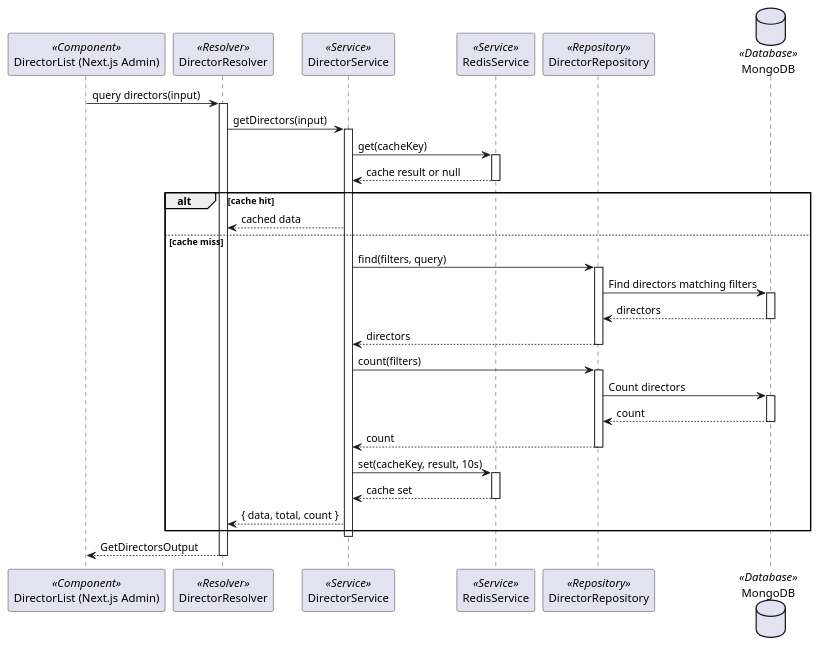
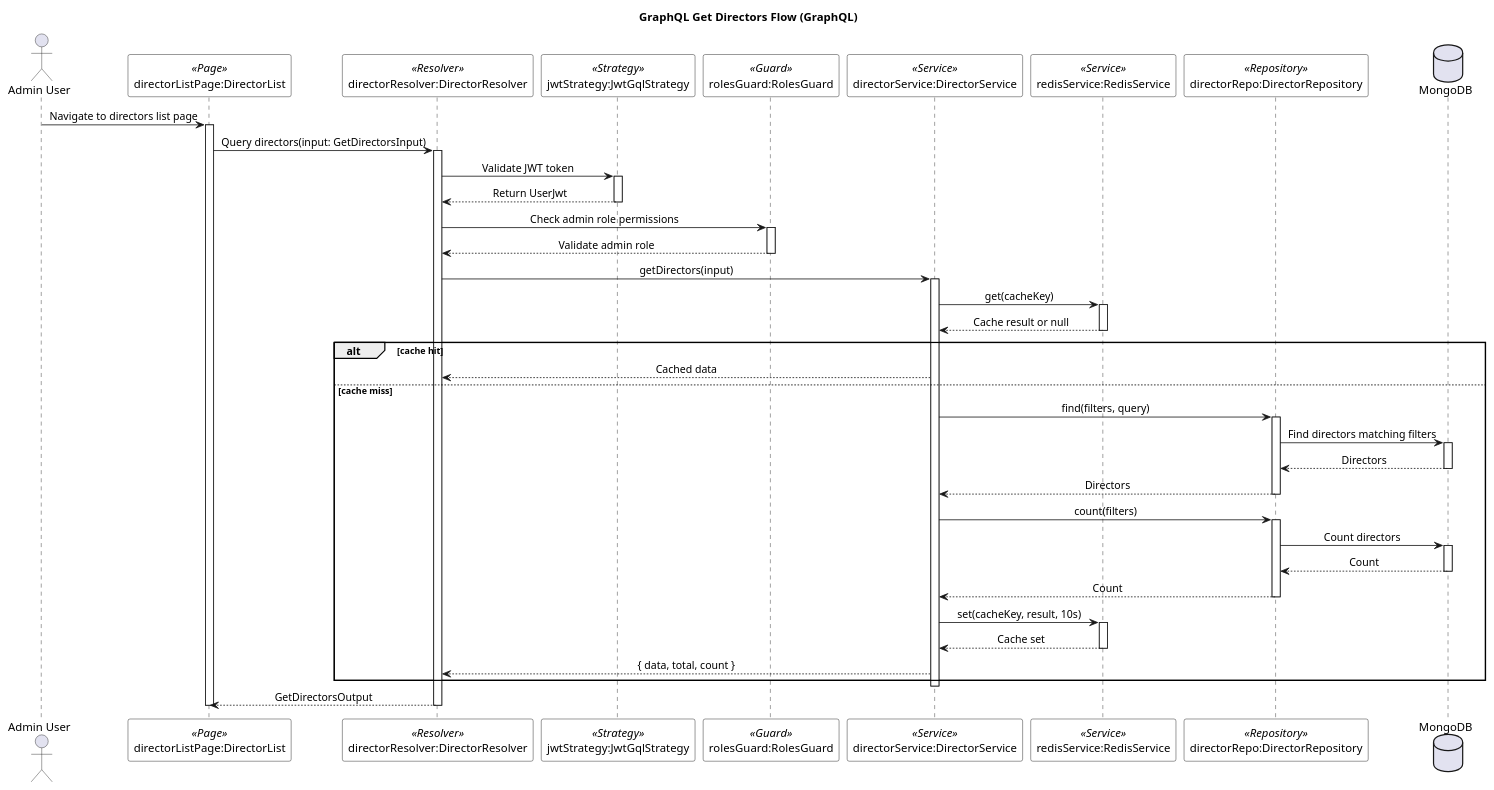
The diagram in documents/diagram/sequences/directors/graphql-get-directors.puml (lehuygiang28/vphim), drawn with PlantUML before and after one commit. The commit also changed 5 other files, not shown here.

First line of the commit message:
refactor(diagrams/sequences/directors): 🛠️ update director management flow diagrams

```diff
--- a/documents/diagram/sequences/directors/graphql-get-directors.puml
+++ b/documents/diagram/sequences/directors/graphql-get-directors.puml
@@ -1,48 +1,78 @@
 @startuml GraphQL Get Directors Flow
 
-' Stereotypes: <<Component>>, <<Resolver>>, <<Service>>, <<Service>>, <<Repository>>, <<Database>>
-participant "DirectorList (Next.js Admin)" as DirectorList <<Component>>
-participant "DirectorResolver" as Resolver <<Resolver>>
-participant "DirectorService" as Service <<Service>>
-participant "RedisService" as Redis <<Service>>
-participant "DirectorRepository" as Repository <<Repository>>
-database "MongoDB" as DB <<Database>>
+skinparam SequenceMessageAlignment center
+skinparam SequenceBoxBackgroundColor white
+skinparam SequenceBoxBorderColor black
+skinparam NoteBackgroundColor lightyellow
+skinparam NoteBorderColor black
+skinparam ParticipantBackgroundColor white
+skinparam ParticipantBorderColor black
 
-DirectorList -> Resolver: query directors(input)
-activate Resolver
-Resolver -> Service: getDirectors(input)
-activate Service
-Service -> Redis: get(cacheKey)
-activate Redis
-Redis --> Service: cache result or null
-deactivate Redis
+title GraphQL Get Directors Flow (GraphQL)
+
+actor "Admin User" as adminUser
+participant "directorListPage:DirectorList" as directorListPage <<Page>>
+participant "directorResolver:DirectorResolver" as directorResolver <<Resolver>>
+participant "jwtStrategy:JwtGqlStrategy" as jwtStrategy <<Strategy>>
+participant "rolesGuard:RolesGuard" as rolesGuard <<Guard>>
+participant "directorService:DirectorService" as directorService <<Service>>
+participant "redisService:RedisService" as redisService <<Service>>
+participant "directorRepo:DirectorRepository" as directorRepo <<Repository>>
+database "MongoDB" as mongoDB
+
+adminUser -> directorListPage : Navigate to directors list page
+activate directorListPage
+
+directorListPage -> directorResolver : Query directors(input: GetDirectorsInput)
+activate directorResolver
+
+directorResolver -> jwtStrategy : Validate JWT token
+activate jwtStrategy
+jwtStrategy --> directorResolver : Return UserJwt
+deactivate jwtStrategy
+
+directorResolver -> rolesGuard : Check admin role permissions
+activate rolesGuard
+rolesGuard --> directorResolver : Validate admin role
+deactivate rolesGuard
+
+directorResolver -> directorService : getDirectors(input)
+activate directorService
+
+directorService -> redisService : get(cacheKey)
+activate redisService
+redisService --> directorService : Cache result or null
+deactivate redisService
+
 alt cache hit
-    Service --> Resolver: cached data
+    directorService --> directorResolver : Cached data
 else cache miss
-    Service -> Repository: find(filters, query)
-    activate Repository
-    Repository -> DB: Find directors matching filters
-    activate DB
-    DB --> Repository: directors
-    deactivate DB
-    Repository --> Service: directors
-    deactivate Repository
-    Service -> Repository: count(filters)
-    activate Repository
-    Repository -> DB: Count directors
-    activate DB
-    DB --> Repository: count
-    deactivate DB
-    Repository --> Service: count
-    deactivate Repository
-    Service -> Redis: set(cacheKey, result, 10s)
-    activate Redis
-    Redis --> Service: cache set
-    deactivate Redis
-    Service --> Resolver: { data, total, count }
+    directorService -> directorRepo : find(filters, query)
+    activate directorRepo
+    directorRepo -> mongoDB : Find directors matching filters
+    activate mongoDB
+    mongoDB --> directorRepo : Directors
+    deactivate mongoDB
+    directorRepo --> directorService : Directors
+    deactivate directorRepo
+    directorService -> directorRepo : count(filters)
+    activate directorRepo
+    directorRepo -> mongoDB : Count directors
+    activate mongoDB
+    mongoDB --> directorRepo : Count
+    deactivate mongoDB
+    directorRepo --> directorService : Count
+    deactivate directorRepo
+    directorService -> redisService : set(cacheKey, result, 10s)
+    activate redisService
+    redisService --> directorService : Cache set
+    deactivate redisService
+    directorService --> directorResolver : { data, total, count }
 end
-deactivate Service
-Resolver --> DirectorList: GetDirectorsOutput
-deactivate Resolver
+
+deactivate directorService
+directorResolver --> directorListPage : GetDirectorsOutput
+deactivate directorResolver
+deactivate directorListPage
 
 @enduml
```
